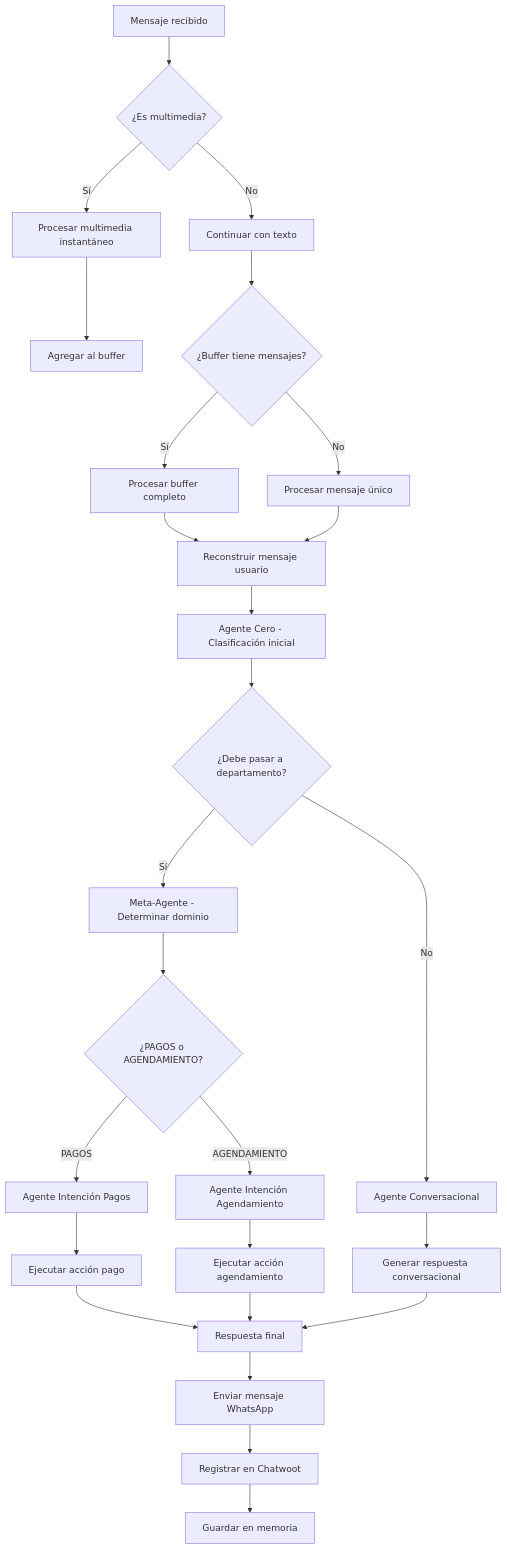
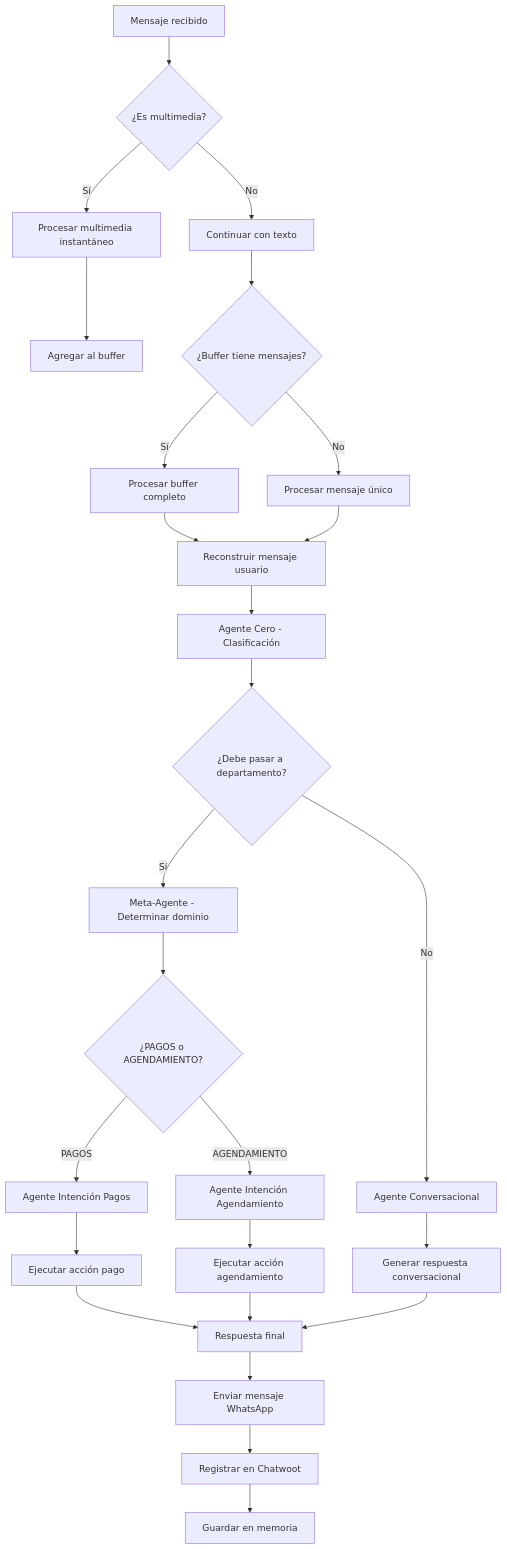
The third of 5 diagrams in README.md (cristianbarbulo/OPTIATIENDE-IA-PERSONAL-API-PEDIATRIA---feature-multiflujo-v9), drawn with Mermaid before and after one commit. The commit also changed other lines of this file and 5 other files, not shown here.

````diff
--- a/README.md
+++ b/README.md
@@ -300,28 +300,28 @@
 ```mermaid
 graph TD
     A[Mensaje recibido] --> B{¿Es multimedia?}
     B -->|Sí| C[Procesar multimedia instantáneo]
     B -->|No| D[Continuar con texto]
     C --> E[Agregar al buffer]
     D --> F{¿Buffer tiene mensajes?}
     F -->|Sí| G[Procesar buffer completo]
     F -->|No| H[Procesar mensaje único]
     G --> I[Reconstruir mensaje usuario]
     H --> I
-    I --> J[Agente Cero - Clasificación inicial]
+    I --> J[Agente Cero - Clasificación]
     J --> K{¿Debe pasar a departamento?}
     K -->|Sí| L[Meta-Agente - Determinar dominio]
     K -->|No| M[Agente Conversacional]
     L --> N{¿PAGOS o AGENDAMIENTO?}
     N -->|PAGOS| O[Agente Intención Pagos]
     N -->|AGENDAMIENTO| P[Agente Intención Agendamiento]
     O --> Q[Ejecutar acción pago]
     P --> R[Ejecutar acción agendamiento]
     M --> S[Generar respuesta conversacional]
     Q --> T[Respuesta final]
     R --> T
     S --> T
     T --> U[Enviar mensaje WhatsApp]
     U --> V[Registrar en Chatwoot]
     V --> W[Guardar en memoria]
 ```
````
